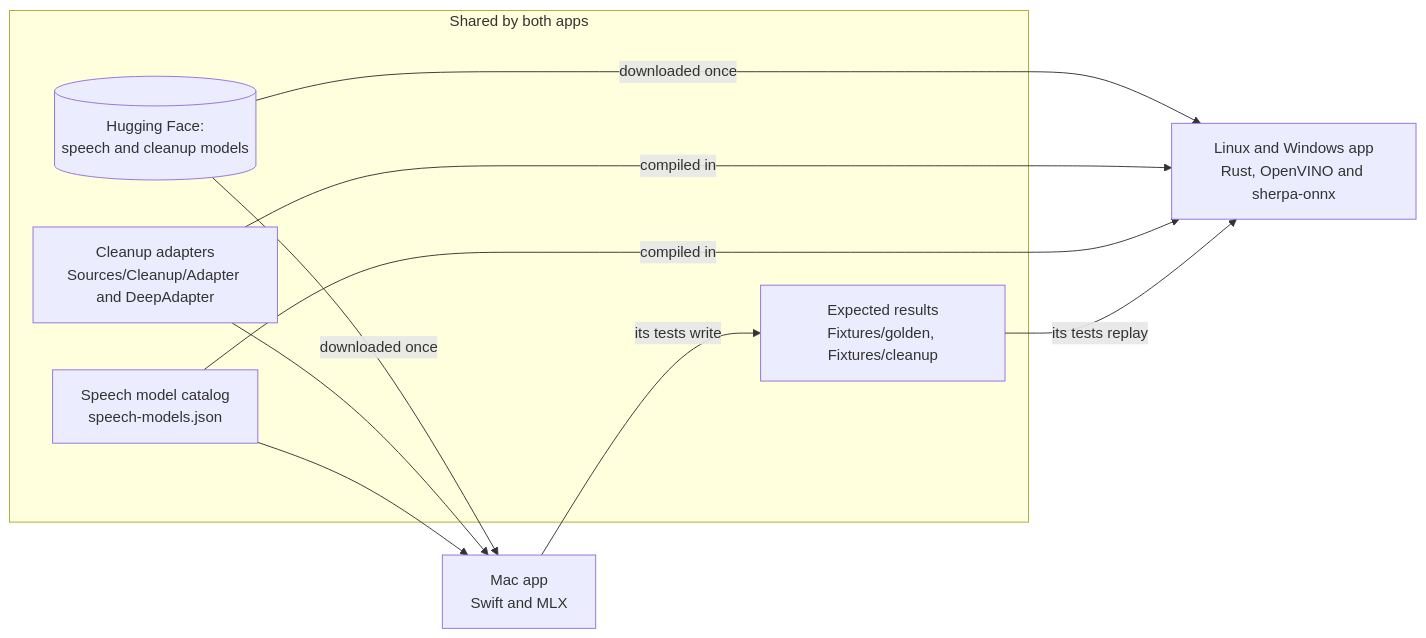
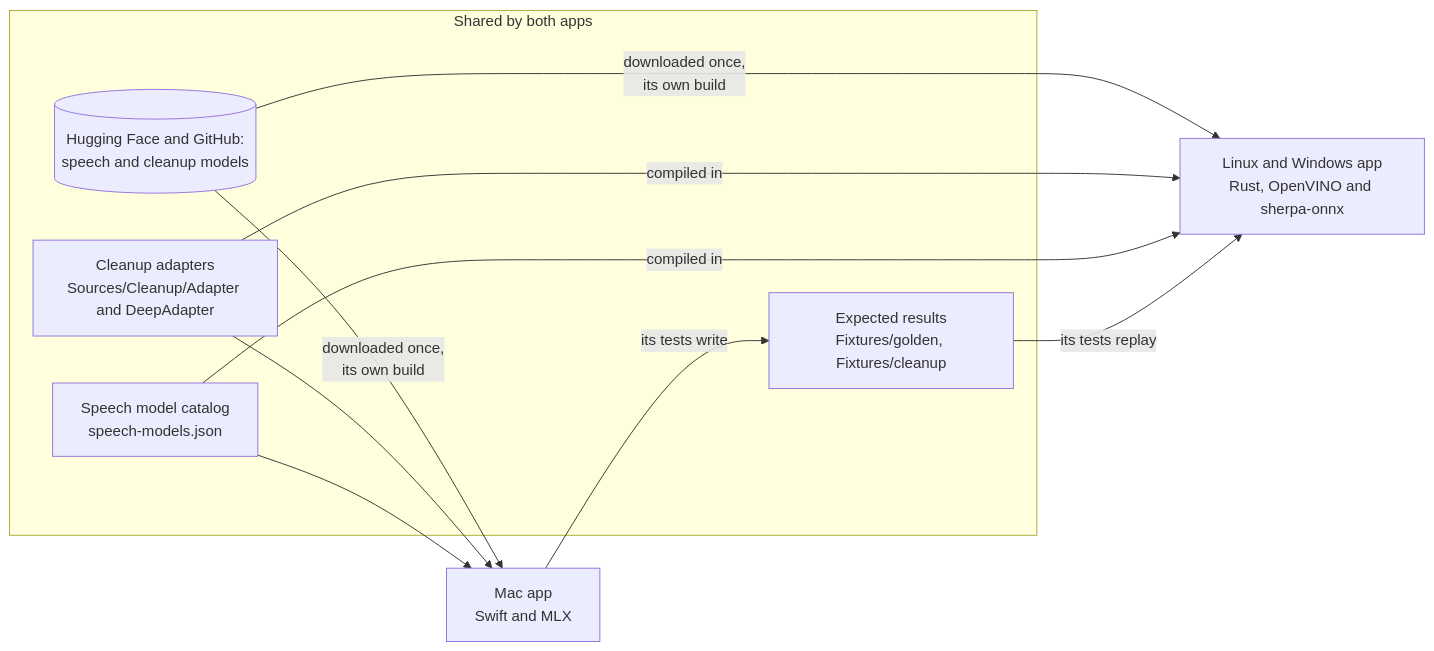
The first of 9 diagrams in docs/architecture.md (Nerdstorm/LiveTranscribe), drawn with Mermaid before and after one commit. The commit also changed other lines of this file and 1 other file, not shown here.

First line of the commit message:
Correct the architecture and releasing guides against the code

````diff
--- a/docs/architecture.md
+++ b/docs/architecture.md
@@ -31,19 +32,19 @@
 ```mermaid
 flowchart LR
     subgraph shared["Shared by both apps"]
-        HF[("Hugging Face:<br/>speech and cleanup models")]
+        HF[("Hugging Face and GitHub:<br/>speech and cleanup models")]
         AD["Cleanup adapters<br/>Sources/Cleanup/Adapter and DeepAdapter"]
         CAT["Speech model catalog<br/>speech-models.json"]
         FX["Expected results<br/>Fixtures/golden, Fixtures/cleanup"]
     end
     MAC["Mac app<br/>Swift and MLX"]
     LW["Linux and Windows app<br/>Rust, OpenVINO and sherpa-onnx"]
-    HF -->|downloaded once| MAC
-    HF -->|downloaded once| LW
+    HF -->|"downloaded once,<br/>its own build"| MAC
+    HF -->|"downloaded once,<br/>its own build"| LW
     AD --> MAC
     AD -->|compiled in| LW
     CAT --> MAC
     CAT -->|compiled in| LW
     MAC -->|its tests write| FX
     FX -->|its tests replay| LW
 ```
````
